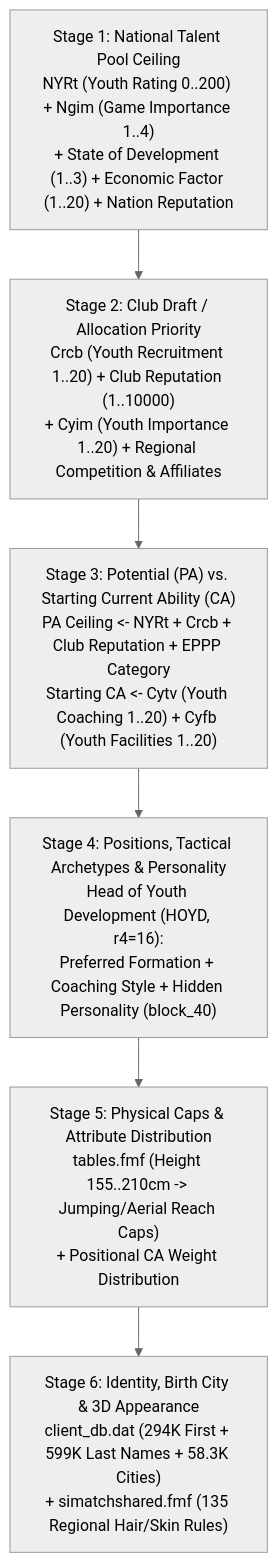
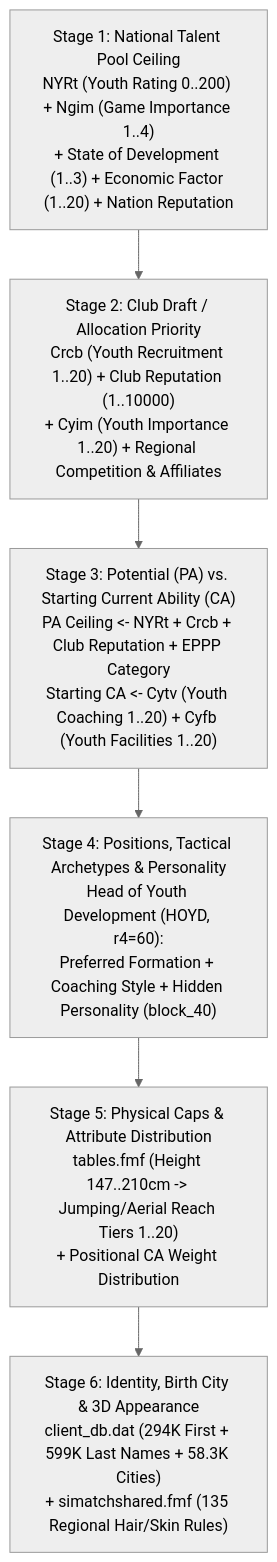
Before and after one commit to spadesM/fm-toolkit: the first of 2 diagrams in docs/FM26_INTERNAL_GAME_LOGICS_AND_MECHANICS.md, drawn with Mermaid (neutral theme). The commit also changed other lines of this file and 8 other files, not shown here.

````diff
--- a/docs/FM26_INTERNAL_GAME_LOGICS_AND_MECHANICS.md
+++ b/docs/FM26_INTERNAL_GAME_LOGICS_AND_MECHANICS.md
@@ -39,8 +42,8 @@
 ```mermaid
 flowchart TD
     A["Stage 1: National Talent Pool Ceiling\nNYRt (Youth Rating 0..200) + Ngim (Game Importance 1..4)\n+ State of Development (1..3) + Economic Factor (1..20) + Nation Reputation"] --> B["Stage 2: Club Draft / Allocation Priority\nCrcb (Youth Recruitment 1..20) + Club Reputation (1..10000)\n+ Cyim (Youth Importance 1..20) + Regional Competition & Affiliates"]
     B --> C["Stage 3: Potential (PA) vs. Starting Current Ability (CA)\nPA Ceiling <- NYRt + Crcb + Club Reputation + EPPP Category\nStarting CA <- Cytv (Youth Coaching 1..20) + Cyfb (Youth Facilities 1..20)"]
-    C --> D["Stage 4: Positions, Tactical Archetypes & Personality\nHead of Youth Development (HOYD, r4=16):\nPreferred Formation + Coaching Style + Hidden Personality (block_40)"]
-    D --> E["Stage 5: Physical Caps & Attribute Distribution\ntables.fmf (Height 155..210cm -> Jumping/Aerial Reach Caps)\n+ Positional CA Weight Distribution"]
+    C --> D["Stage 4: Positions, Tactical Archetypes & Personality\nHead of Youth Development (HOYD, r4=60):\nPreferred Formation + Coaching Style + Hidden Personality (block_40)"]
+    D --> E["Stage 5: Physical Caps & Attribute Distribution\ntables.fmf (Height 147..210cm -> Jumping/Aerial Reach Tiers 1..20)\n+ Positional CA Weight Distribution"]
     E --> F["Stage 6: Identity, Birth City & 3D Appearance\nclient_db.dat (294K First + 599K Last Names + 58.3K Cities)\n+ simatchshared.fmf (135 Regional Hair/Skin Rules)"]
 ```
````
